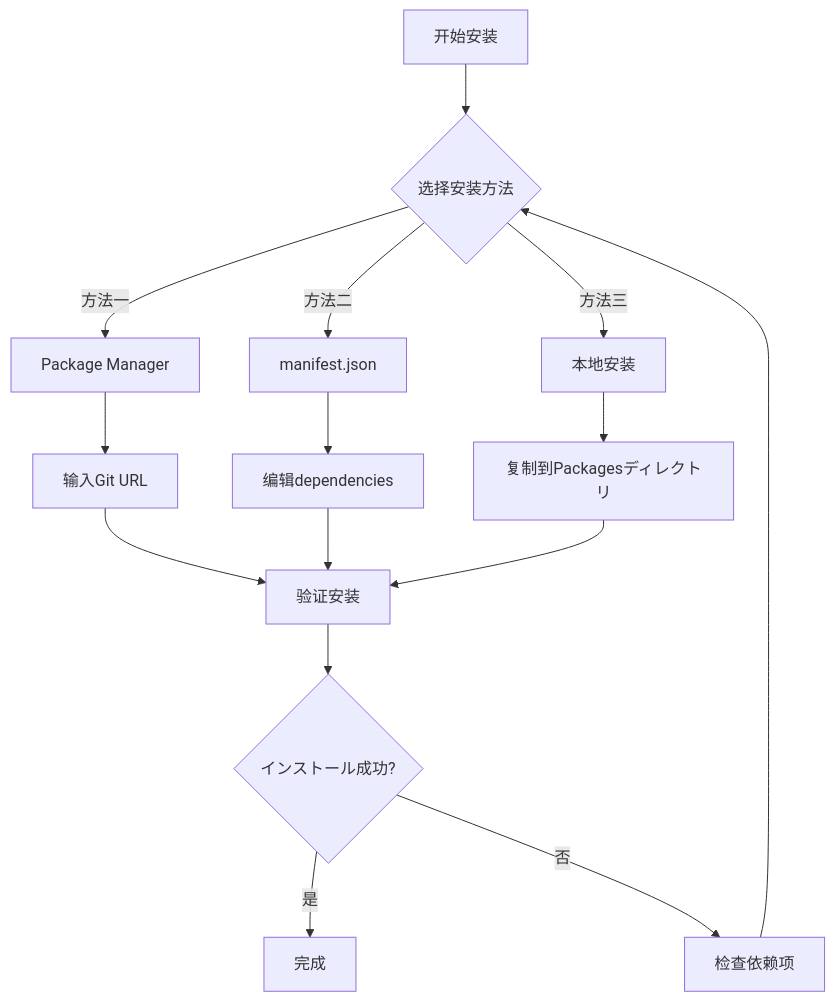
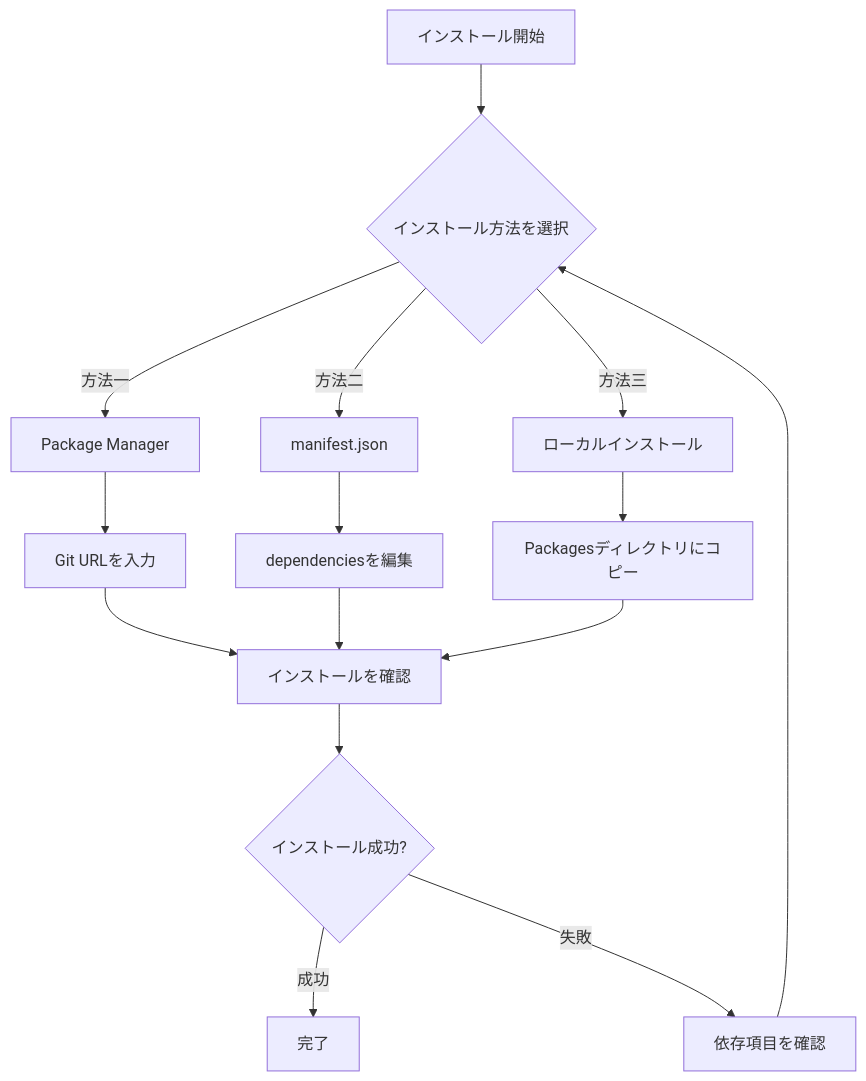
The first of 2 diagrams in docs/ja/client/unity/component/ui-ugui/02.installation.md (AlianBlank/GameFrameX.Docs), drawn with Mermaid before and after one commit. The commit also changed other lines of this file and 320 other files, not shown here.

````diff
--- a/docs/ja/client/unity/component/ui-ugui/02.installation.md
+++ b/docs/ja/client/unity/component/ui-ugui/02.installation.md
@@ -17,20 +17,20 @@
 ```mermaid
 flowchart TD
-    A[开始安装] --> B{选择安装方法}
+    A[インストール開始] --> B{インストール方法を選択}
     B -->|方法一| C[Package Manager]
     B -->|方法二| D[manifest.json]
-    B -->|方法三| E[本地安装]
-    
-    C --> F[输入Git URL]
-    D --> G[编辑dependencies]
-    E --> H[复制到Packagesディレクトリ]
-    
-    F --> I[验证安装]
+    B -->|方法三| E[ローカルインストール]
+
+    C --> F[Git URLを入力]
+    D --> G[dependenciesを編集]
+    E --> H[Packagesディレクトリにコピー]
+
+    F --> I[インストールを確認]
     G --> I
     H --> I
-    
+
     I --> J{インストール成功?}
-    J -->|是| K[完成]
-    J -->|否| L[检查依赖项]
+    J -->|成功| K[完了]
+    J -->|失敗| L[依存項目を確認]
     L --> B
 ```
````
